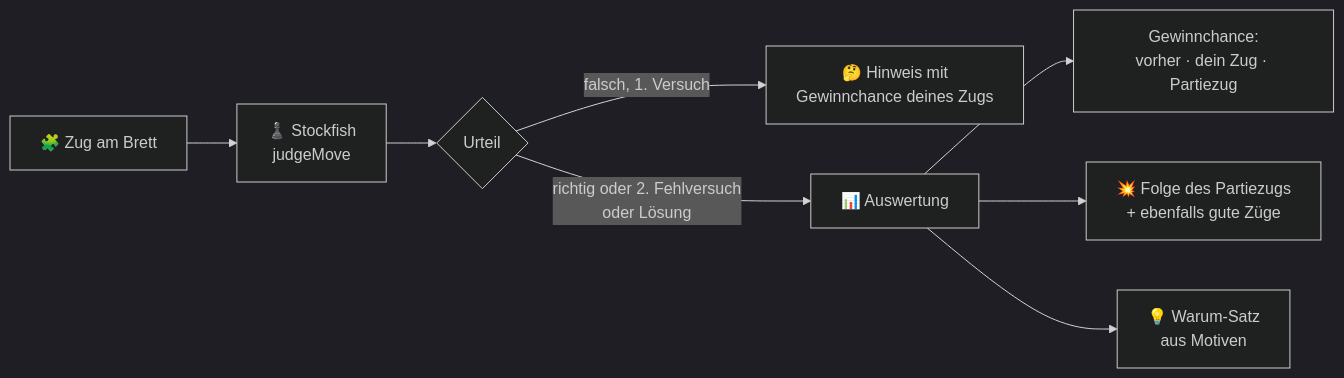
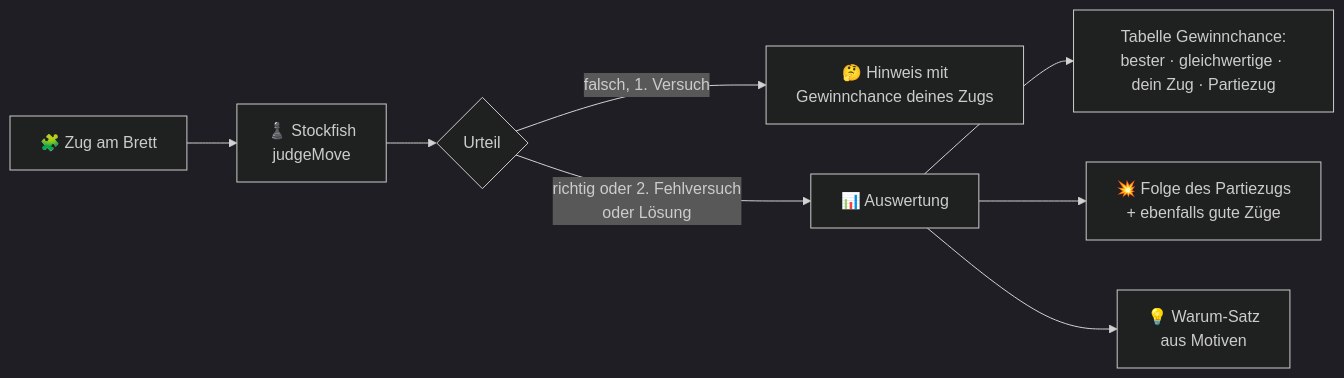
One commit to adubdubdub/chess-mentor-app changed the third of 3 diagrams in README.md. Above: the diagram before and after it, drawn with Mermaid (dark theme).

Commit message:
README: Auswertung als Tabelle

````diff
--- a/README.md
+++ b/README.md
@@ -76,10 +76,10 @@
 ```mermaid
 flowchart LR
     A["🧩 Zug am Brett"] --> B["♟️ Stockfish<br/>judgeMove"]
     B --> C{"Urteil"}
     C -- "falsch, 1. Versuch" --> D["🤔 Hinweis mit<br/>Gewinnchance deines Zugs"]
     C -- "richtig oder 2. Fehlversuch<br/>oder Lösung" --> E["📊 Auswertung"]
-    E --> F["Gewinnchance:<br/>vorher · dein Zug · Partiezug"]
+    E --> F["Tabelle Gewinnchance:<br/>bester · gleichwertige · dein Zug · Partiezug"]
     E --> G["💥 Folge des Partiezugs<br/>+ ebenfalls gute Züge"]
     E --> H["💡 Warum-Satz<br/>aus Motiven"]
 ```
````
